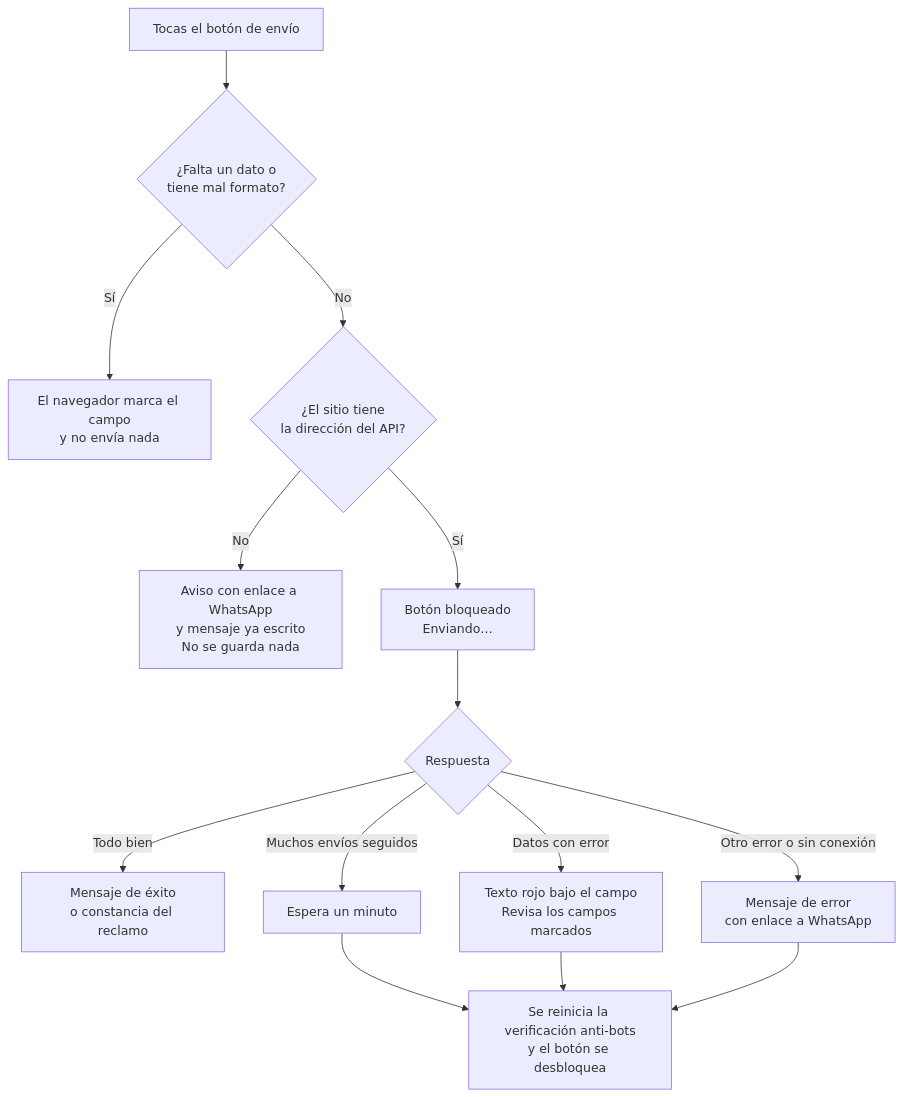
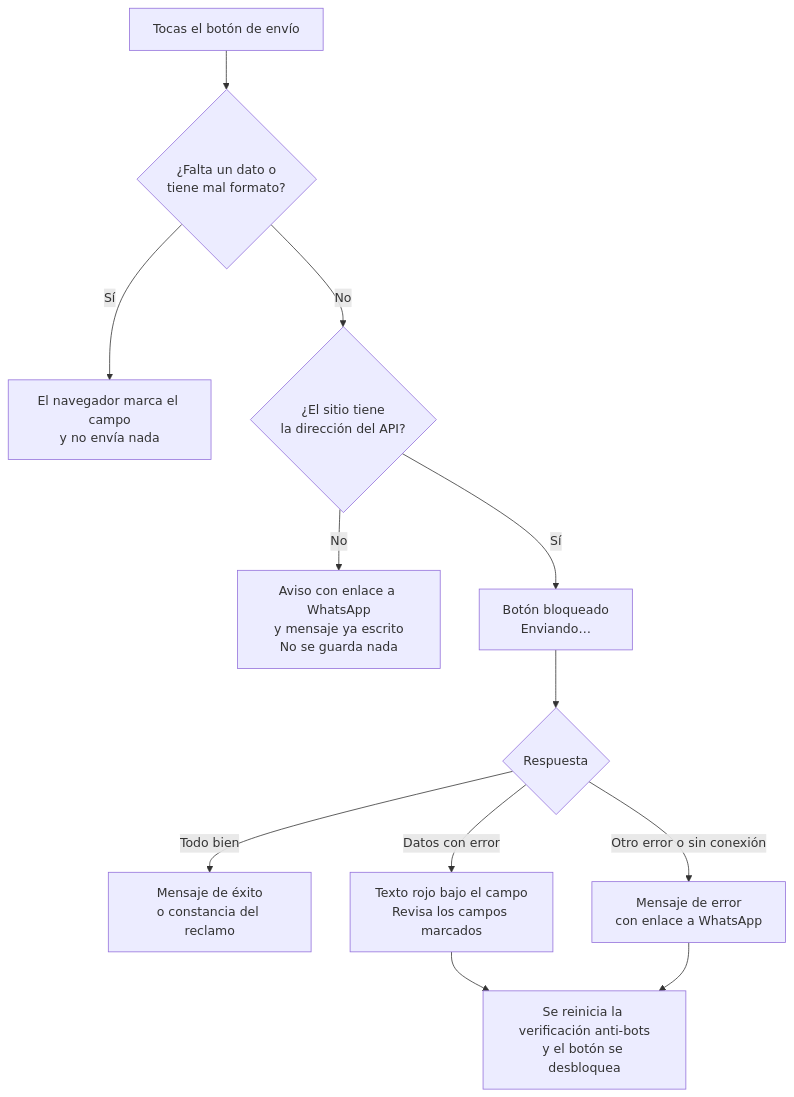
Before and after one commit to samirharrytl/DHC_landing: the ninth of 9 diagrams in docs/plataforma/09-manual-funcional.md, drawn with Mermaid. The commit also changed other lines of this file and 94 other files, not shown here.

````diff
--- a/docs/plataforma/09-manual-funcional.md
+++ b/docs/plataforma/09-manual-funcional.md
@@ -1626,16 +1468,14 @@
 ```mermaid
 flowchart TB
     A["Tocas el botón de envío"] --> B{"¿Falta un dato o<br/>tiene mal formato?"}
     B -->|"Sí"| B1["El navegador marca el campo<br/>y no envía nada"]
     B -->|"No"| C{"¿El sitio tiene<br/>la dirección del API?"}
     C -->|"No"| C1["Aviso con enlace a WhatsApp<br/>y mensaje ya escrito<br/>No se guarda nada"]
     C -->|"Sí"| D["Botón bloqueado<br/>Enviando…"]
     D --> E{"Respuesta"}
     E -->|"Todo bien"| F["Mensaje de éxito<br/>o constancia del reclamo"]
-    E -->|"Muchos envíos seguidos"| G["Espera un minuto"]
     E -->|"Datos con error"| H["Texto rojo bajo el campo<br/>Revisa los campos marcados"]
     E -->|"Otro error o sin conexión"| I["Mensaje de error<br/>con enlace a WhatsApp"]
-    G --> J["Se reinicia la verificación anti-bots<br/>y el botón se desbloquea"]
-    H --> J
+    H --> J["Se reinicia la verificación anti-bots<br/>y el botón se desbloquea"]
     I --> J
 ```
````
